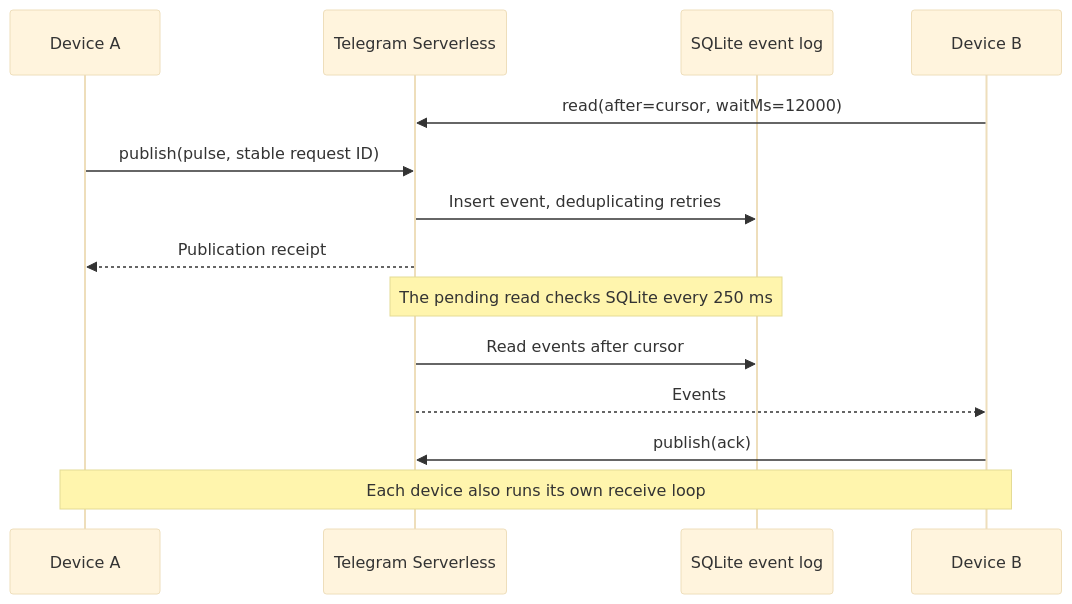
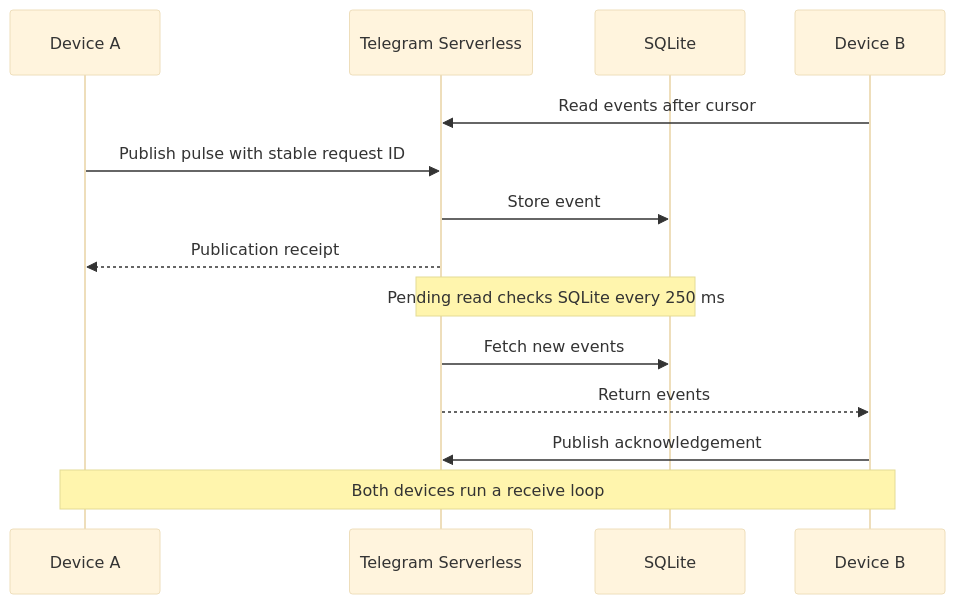
The diagram in README.md (inlanger/telegram-serverless-realtime), drawn with Mermaid (base theme) before and after one commit. The commit also changed other lines of this file, not shown here.

````diff
--- a/README.md
+++ b/README.md
@@ -16,16 +84,16 @@
 ```mermaid
 sequenceDiagram
     participant A as Device A
     participant S as Telegram Serverless
-    participant D as SQLite event log
+    participant D as SQLite
     participant B as Device B
-    B->>S: read(after=cursor, waitMs=12000)
-    A->>S: publish(pulse, stable request ID)
-    S->>D: Insert event, deduplicating retries
+    B->>S: Read events after cursor
+    A->>S: Publish pulse with stable request ID
+    S->>D: Store event
     S-->>A: Publication receipt
-    Note over S,D: The pending read checks SQLite every 250 ms
-    S->>D: Read events after cursor
-    S-->>B: Events
-    B->>S: publish(ack)
-    Note over A,B: Each device also runs its own receive loop
+    Note over S,D: Pending read checks SQLite every 250 ms
+    S->>D: Fetch new events
+    S-->>B: Return events
+    B->>S: Publish acknowledgement
+    Note over A,B: Both devices run a receive loop
 ```
````
